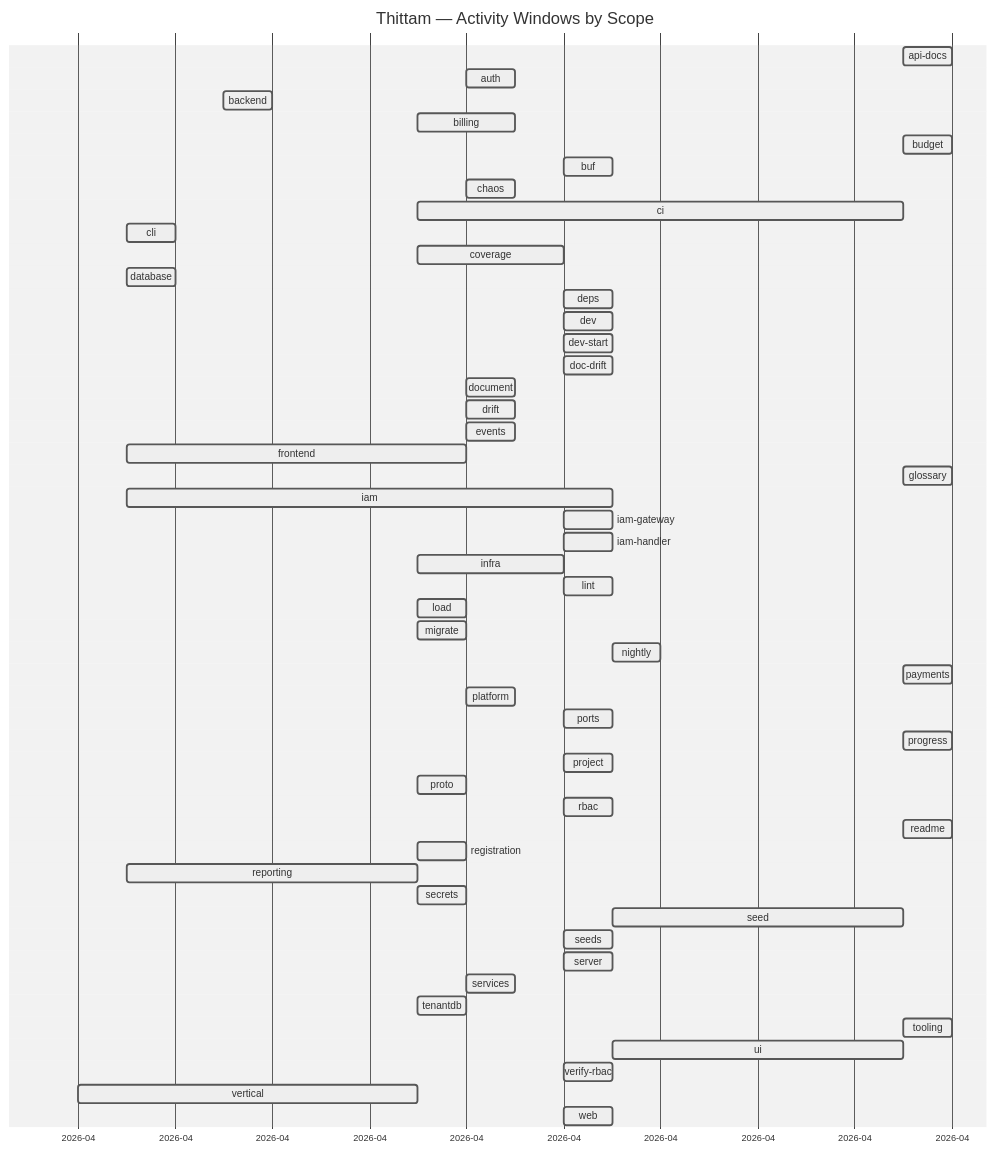
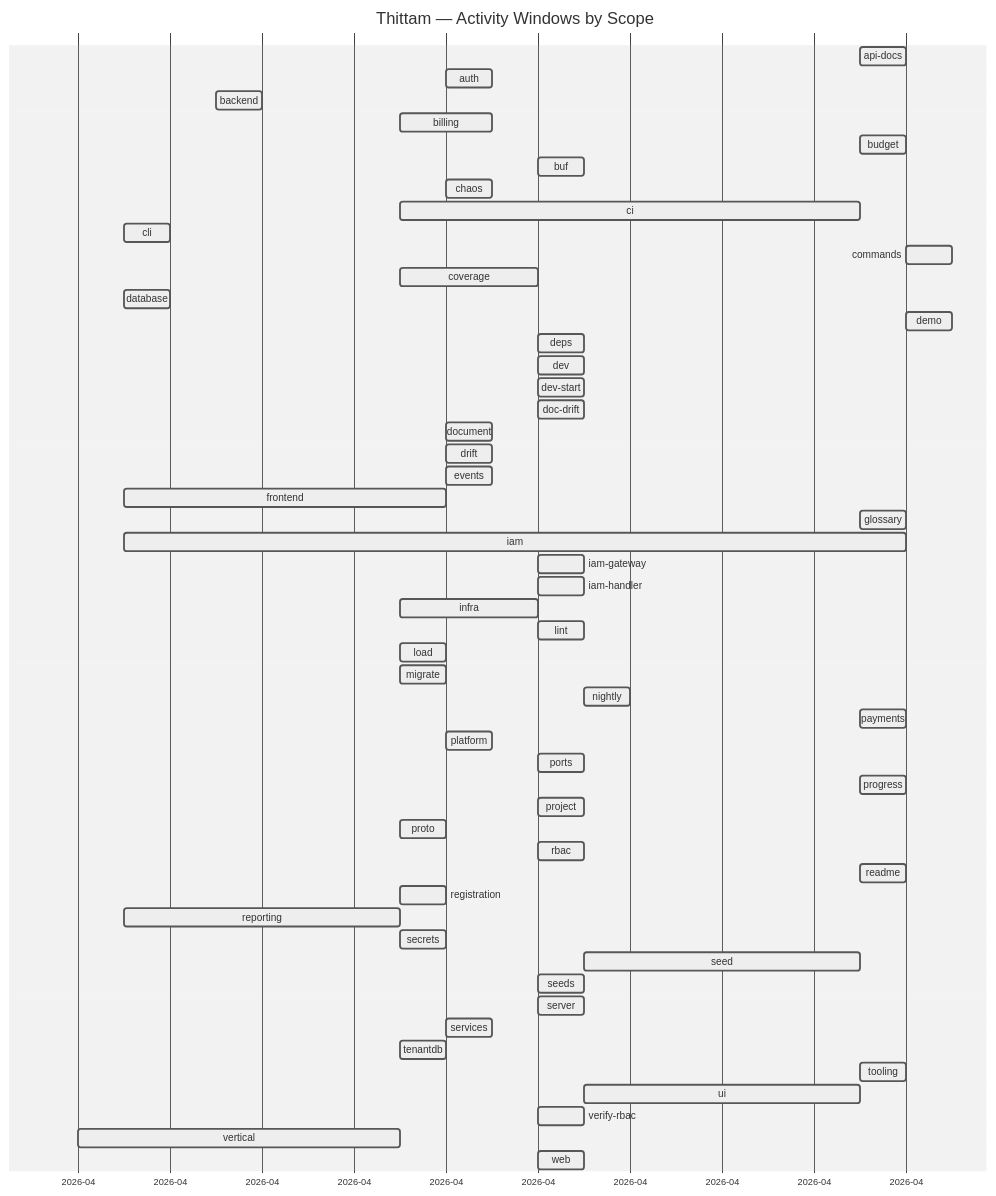
The diagram in docs/PROGRESS.md (wegofwd2020-hub/thittam), drawn with Mermaid (neutral theme) before and after one commit. The commit also changed other lines of this file and 2 other files, not shown here.

````diff
--- a/docs/PROGRESS.md
+++ b/docs/PROGRESS.md
@@ -9,55 +9,57 @@
 ```mermaid
 gantt
     title Thittam — Activity Windows by Scope
     dateFormat YYYY-MM-DD
     axisFormat %Y-%m
     api-docs           :active, s_api_docs, 2026-04-20, 2026-04-21
     auth               :active, s_auth, 2026-04-11, 2026-04-12
     backend            :active, s_backend, 2026-04-06, 2026-04-07
     billing            :active, s_billing, 2026-04-10, 2026-04-12
     budget             :active, s_budget, 2026-04-20, 2026-04-21
     buf                :active, s_buf, 2026-04-13, 2026-04-14
     chaos              :active, s_chaos, 2026-04-11, 2026-04-12
     ci                 :active, s_ci, 2026-04-10, 2026-04-20
     cli                :active, s_cli, 2026-04-04, 2026-04-05
+    commands           :active, s_commands, 2026-04-21, 2026-04-22
     coverage           :active, s_coverage, 2026-04-10, 2026-04-13
     database           :active, s_database, 2026-04-04, 2026-04-05
+    demo               :active, s_demo, 2026-04-21, 2026-04-22
     deps               :active, s_deps, 2026-04-13, 2026-04-14
     dev                :active, s_dev, 2026-04-13, 2026-04-14
     dev-start          :active, s_dev_start, 2026-04-13, 2026-04-14
     doc-drift          :active, s_doc_drift, 2026-04-13, 2026-04-14
     document           :active, s_document, 2026-04-11, 2026-04-12
     drift              :active, s_drift, 2026-04-11, 2026-04-12
     events             :active, s_events, 2026-04-11, 2026-04-12
     frontend           :active, s_frontend, 2026-04-04, 2026-04-11
     glossary           :active, s_glossary, 2026-04-20, 2026-04-21
-    iam                :active, s_iam, 2026-04-04, 2026-04-14
+    iam                :active, s_iam, 2026-04-04, 2026-04-21
     iam-gateway        :active, s_iam_gateway, 2026-04-13, 2026-04-14
     iam-handler        :active, s_iam_handler, 2026-04-13, 2026-04-14
     infra              :active, s_infra, 2026-04-10, 2026-04-13
     lint               :active, s_lint, 2026-04-13, 2026-04-14
     load               :active, s_load, 2026-04-10, 2026-04-11
     migrate            :active, s_migrate, 2026-04-10, 2026-04-11
     nightly            :active, s_nightly, 2026-04-14, 2026-04-15
     payments           :active, s_payments, 2026-04-20, 2026-04-21
     platform           :active, s_platform, 2026-04-11, 2026-04-12
     ports              :active, s_ports, 2026-04-13, 2026-04-14
     progress           :active, s_progress, 2026-04-20, 2026-04-21
     project            :active, s_project, 2026-04-13, 2026-04-14
     proto              :active, s_proto, 2026-04-10, 2026-04-11
     rbac               :active, s_rbac, 2026-04-13, 2026-04-14
     readme             :active, s_readme, 2026-04-20, 2026-04-21
     registration       :active, s_registration, 2026-04-10, 2026-04-11
     reporting          :active, s_reporting, 2026-04-04, 2026-04-10
     secrets            :active, s_secrets, 2026-04-10, 2026-04-11
     seed               :active, s_seed, 2026-04-14, 2026-04-20
     seeds              :active, s_seeds, 2026-04-13, 2026-04-14
     server             :active, s_server, 2026-04-13, 2026-04-14
     services           :active, s_services, 2026-04-11, 2026-04-12
     tenantdb           :active, s_tenantdb, 2026-04-10, 2026-04-11
     tooling            :active, s_tooling, 2026-04-20, 2026-04-21
     ui                 :active, s_ui, 2026-04-14, 2026-04-20
     verify-rbac        :active, s_verify_rbac, 2026-04-13, 2026-04-14
     vertical           :active, s_vertical, 2026-04-03, 2026-04-10
     web                :active, s_web, 2026-04-13, 2026-04-14
 ```
````
